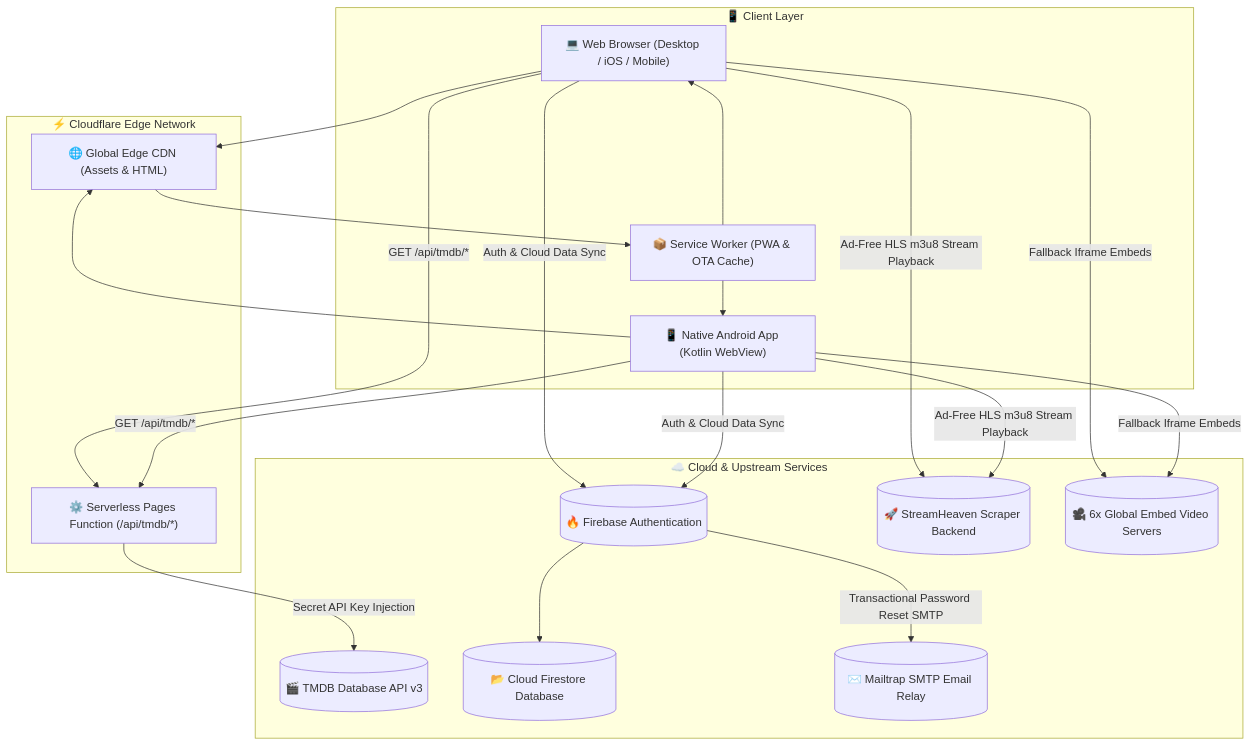
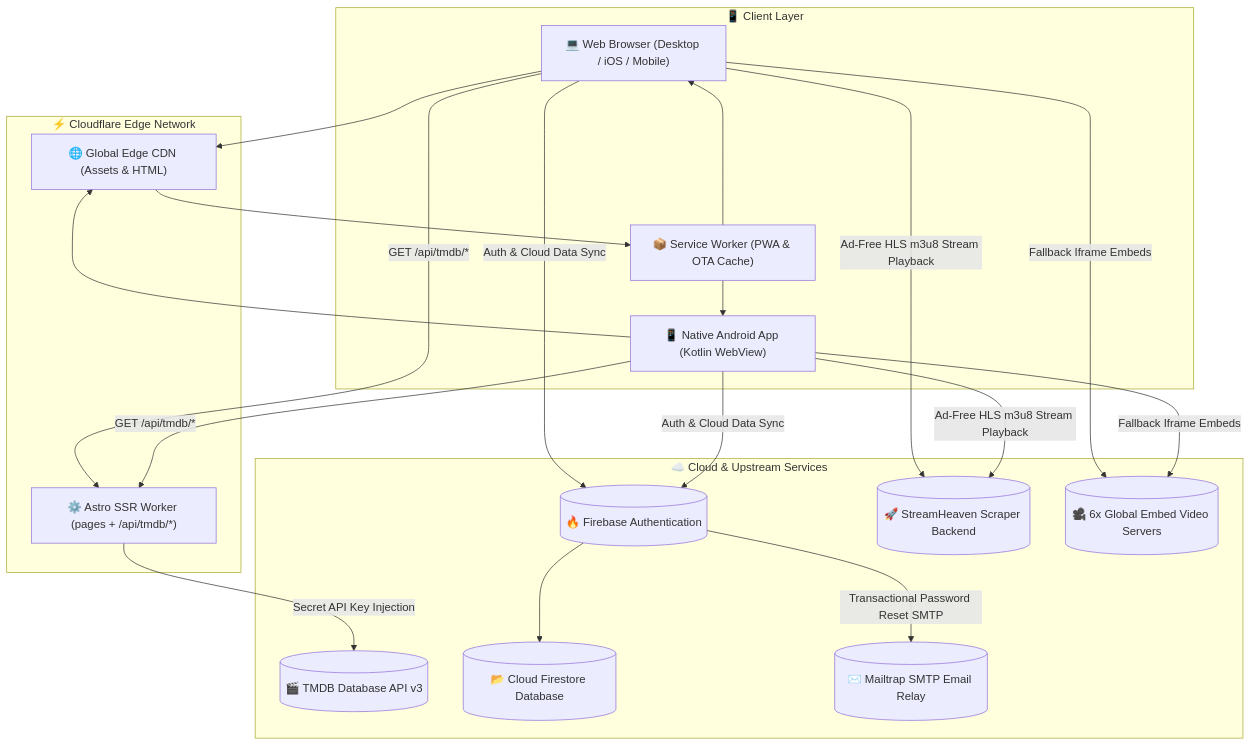
Before and after one commit to SamJU25/CineCub: the diagram in README.md, drawn with Mermaid. The commit also changed other lines of this file and 53 other files, not shown here.

````diff
--- a/README.md
+++ b/README.md
@@ -47,42 +47,42 @@
 ```mermaid
 graph TD
     subgraph Clients["📱 Client Layer"]
         WebApp["💻 Web Browser (Desktop / iOS / Mobile)"]
         NativeApp["📱 Native Android App (Kotlin WebView)"]
         SW["📦 Service Worker (PWA & OTA Cache)"]
     end
 
     subgraph Edge["⚡ Cloudflare Edge Network"]
         CDN["🌐 Global Edge CDN (Assets & HTML)"]
-        CFWorkers["⚙️ Serverless Pages Function (/api/tmdb/*)"]
+        CFWorkers["⚙️ Astro SSR Worker (pages + /api/tmdb/*)"]
     end
 
     subgraph UpstreamServices["☁️ Cloud & Upstream Services"]
         TMDB[("🎬 TMDB Database API v3")]
         FBAuth[("🔥 Firebase Authentication")]
         FBDoc[("📂 Cloud Firestore Database")]
         MTRelay[("✉️ Mailtrap SMTP Email Relay")]
         HLSStreams[("🚀 StreamHeaven Scraper Backend")]
         EmbedServers[("🎥 6x Global Embed Video Servers")]
     end
 
     WebApp --> CDN
     NativeApp --> CDN
     CDN --> SW
     SW --> WebApp
     SW --> NativeApp
 
     WebApp -->|"GET /api/tmdb/*"| CFWorkers
     NativeApp -->|"GET /api/tmdb/*"| CFWorkers
     CFWorkers -->|"Secret API Key Injection"| TMDB
 
     WebApp -->|"Auth & Cloud Data Sync"| FBAuth
     NativeApp -->|"Auth & Cloud Data Sync"| FBAuth
     FBAuth --> FBDoc
     FBAuth -->|"Transactional Password Reset SMTP"| MTRelay
 
     WebApp -->|"Ad-Free HLS m3u8 Stream Playback"| HLSStreams
     NativeApp -->|"Ad-Free HLS m3u8 Stream Playback"| HLSStreams
     WebApp -->|"Fallback Iframe Embeds"| EmbedServers
     NativeApp -->|"Fallback Iframe Embeds"| EmbedServers
 ```
````
